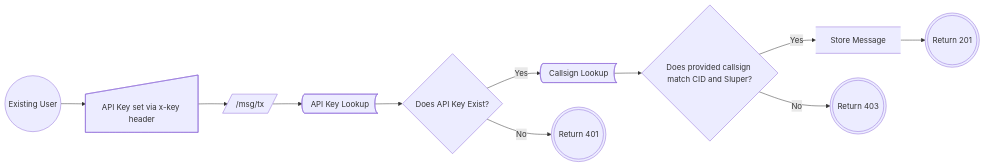
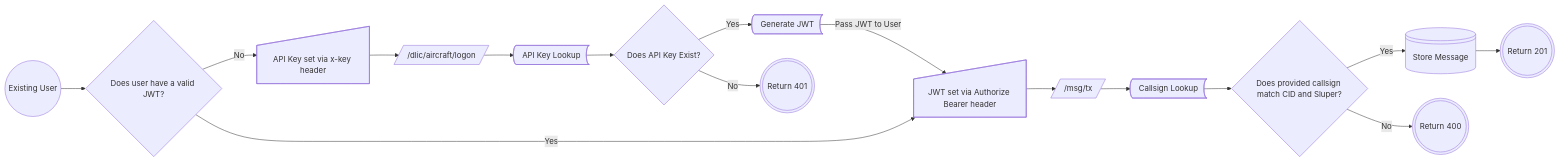
Before and after one commit to SimACARS/acars-server: the second of 4 diagrams in README.md, drawn with Mermaid.

Commit message:
docs(auth): update diagram in readme

````diff
--- a/README.md
+++ b/README.md
@@ -52,13 +52,23 @@
 ```mermaid
 graph LR
-A((Existing User)) --> B@{ shape: sl-rect, label: "API Key set via x-key header" }
-B --> C@{ shape: lean-r, label: "/msg/tx" }
-C --> E
-E@{ shape: bow-rect, label: "API Key Lookup" } --> D@{ shape: diamond, label: "Does API Key Exist?" }
-D -- Yes --> DA@{ shape: bow-rect, label: "Callsign Lookup" }
-DA --> DB@{ shape: diamond, label: "Does provided callsign match CID and Sluper?" }
-DB -- Yes --> F@{ shape: datastore, label: "Store Message" }
-F --> G@{ shape: dbl-circ, label: "Return 201" }
-DB -- No --> DC@{ shape: dbl-circ, label: "Return 403" }
-D -- No --> H@{ shape: dbl-circ, label: "Return 401" }
+A((Existing User)) --> AA@{ shape: diamond, label: "Does user have a valid JWT?" }
+
+AA -- No --> BA@{ shape: sl-rect, label: "API Key set via x-key header" }
+
+BA --> BB@{ shape: lean-r, label: "/dlic/aircraft/logon" }
+BB --> BC@{ shape: bow-rect, label: "API Key Lookup" }
+BC --> BD@{ shape: diamond, label: "Does API Key Exist?" }
+HA --> BE@{ shape: bow-rect, label: "Callsign Lookup" }
+BE --> BF@{ shape: diamond, label: "Does provided callsign match CID and Sluper?" }
+BF -- Yes --> BG@{ shape: lin-cyl, label: "Store Message" }
+BF -- No --> EA@{ shape: dbl-circ, label: "Return 400" }
+BG --> BH@{ shape: dbl-circ, label: "Return 201" }
+
+BD -- Yes --> FA@{ shape: bow-rect, label: "Generate JWT" }
+FA -- Pass JWT to User --> GA
+
+BD -- No --> DA@{ shape: dbl-circ, label: "Return 401" }
+
+AA -- Yes --> GA@{ shape: sl-rect, label: "JWT set via Authorize Bearer header" }
+GA --> HA@{ shape: lean-r, label: "/msg/tx" }
 ```
````
